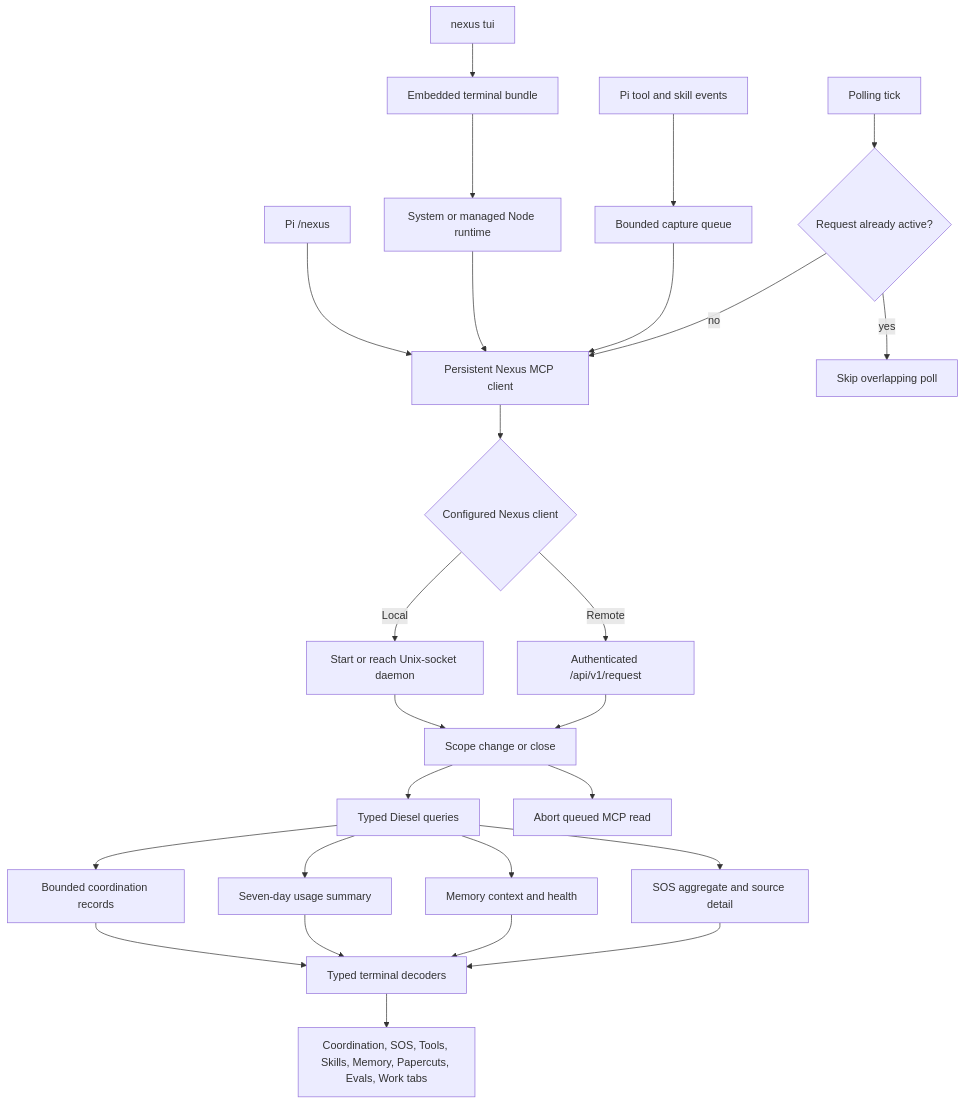
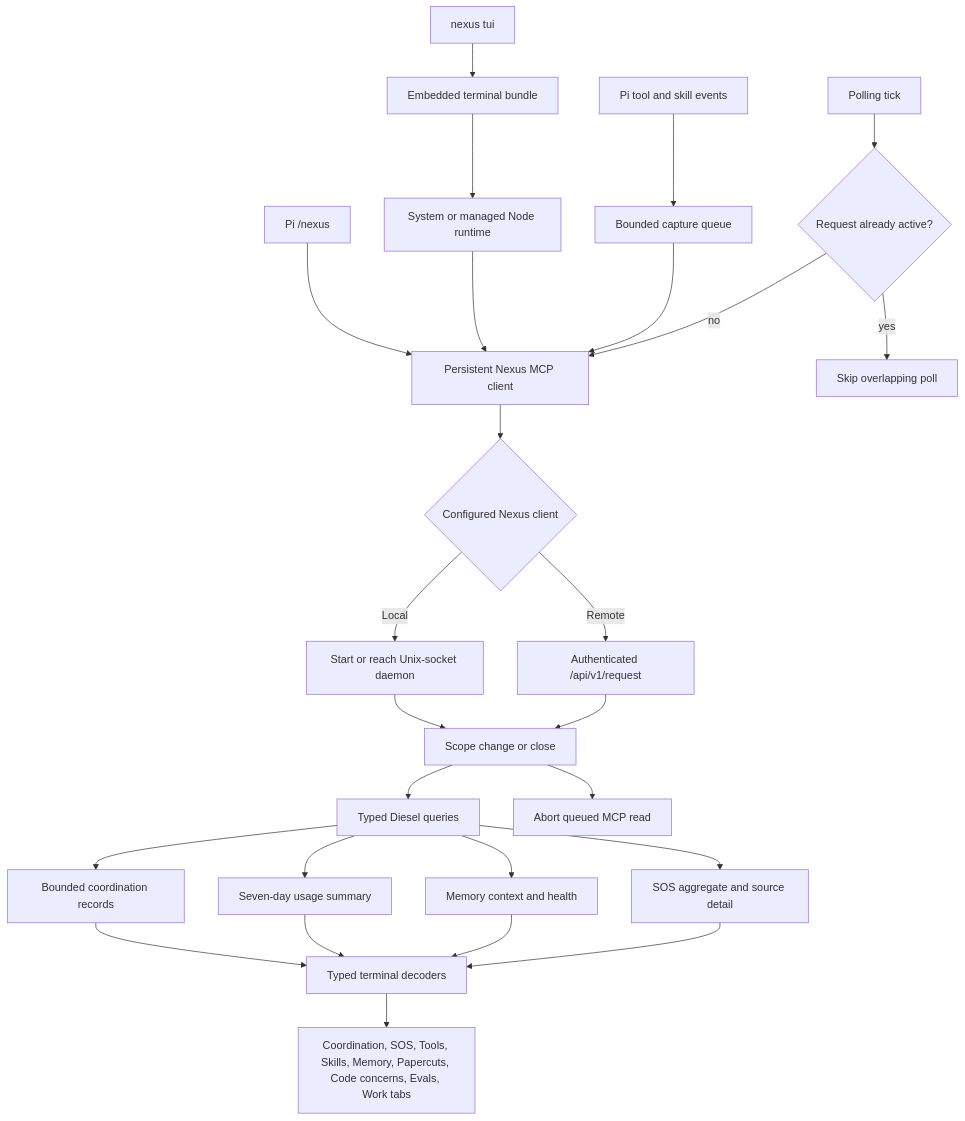
One commit to warrenronsiek/nexus changed the diagram in docs/features/observability-ui.md. Above: the diagram before and after it, drawn with Mermaid. The commit also changed other lines of this file and 144 other files, not shown here.

First line of the commit message:
Add durable code concerns and versioned self-updates (#26)

````diff
--- a/docs/features/observability-ui.md
+++ b/docs/features/observability-ui.md
@@ -23,28 +23,28 @@
 ```mermaid
 flowchart TD
     A[Pi /nexus] --> B[Persistent Nexus MCP client]
     C[nexus tui] --> D[Embedded terminal bundle]
     D --> E[System or managed Node runtime]
     E --> B
     F[Pi tool and skill events] --> G[Bounded capture queue]
     G --> B
     B --> H{Configured Nexus client}
     H -->|Local| I[Start or reach Unix-socket daemon]
     H -->|Remote| J[Authenticated /api/v1/request]
     I --> S[NexusService]
     J --> S
     S --> QD[Typed Diesel queries]
     QD --> K[Bounded coordination records]
     QD --> L[Seven-day usage summary]
     QD --> M[Memory context and health]
     QD --> SI[SOS aggregate and source detail]
     K --> N[Typed terminal decoders]
     L --> N
     M --> N
     SI --> N
-    N --> O[Coordination, SOS, Tools, Skills, Memory, Papercuts, Evals, Work tabs]
+    N --> O[Coordination, SOS, Tools, Skills, Memory, Papercuts, Code concerns, Evals, Work tabs]
     P[Polling tick] --> Q{Request already active?}
     Q -->|yes| R[Skip overlapping poll]
     Q -->|no| B
     S[Scope change or close] --> T[Abort queued MCP read]
 ```
````
